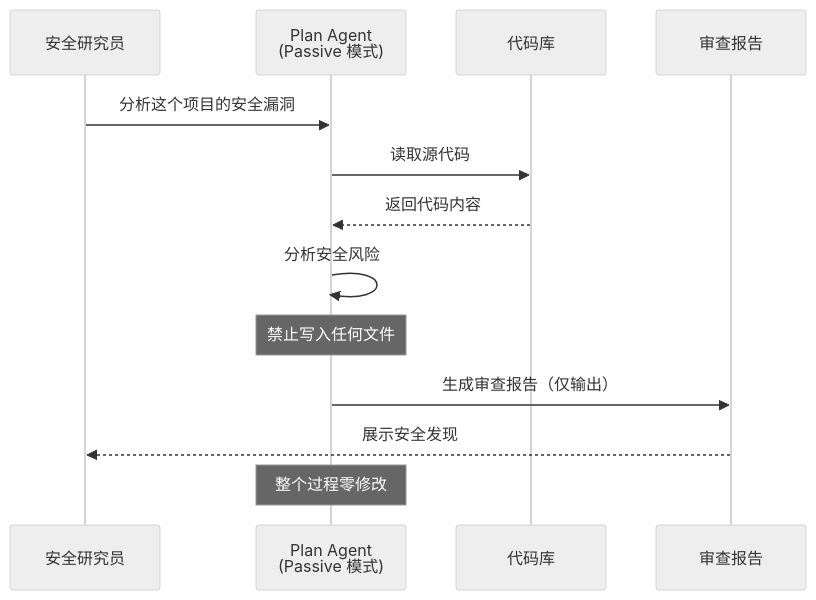
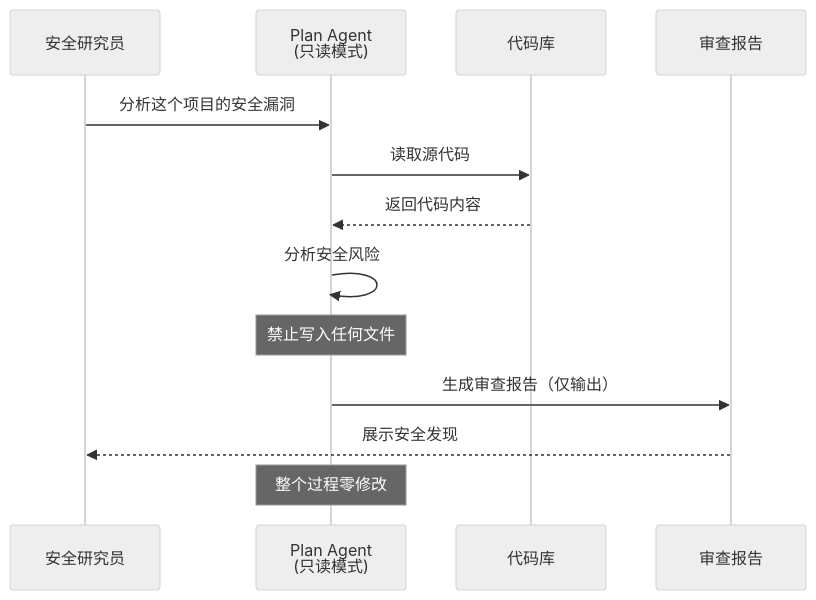
One commit to tonydeng/harness-engineering-from-oc-to-ai-coding changed the sixth of 18 diagrams in src/02-core-concepts/constraints-system.md. Above: the diagram before and after it, drawn with Mermaid (neutral theme). The commit also changed other lines of this file and 331 other files, not shown here.

````diff
--- a/src/02-core-concepts/constraints-system.md
+++ b/src/02-core-concepts/constraints-system.md
@@ -331,17 +294,17 @@
 ```mermaid
 sequenceDiagram
     participant User as 安全研究员
-    participant Agent as Plan Agent<br/>(Passive 模式)
+    participant Agent as Plan Agent<br/>(只读模式)
     participant Code as 代码库
     participant Report as 审查报告
 
     User->>Agent: 分析这个项目的安全漏洞
     Agent->>Code: 读取源代码
     Code-->>Agent: 返回代码内容
     Agent->>Agent: 分析安全风险
     Note over Agent: 禁止写入任何文件
     Agent->>Report: 生成审查报告（仅输出）
     Report-->>User: 展示安全发现
 
     Note over Agent: 整个过程零修改
 ```
````
